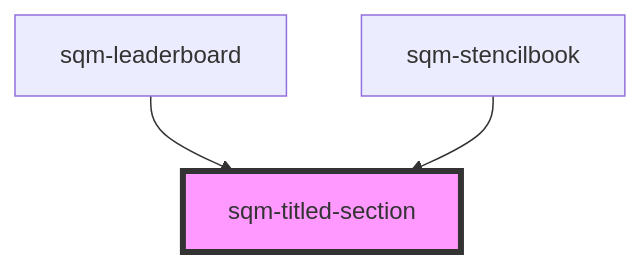
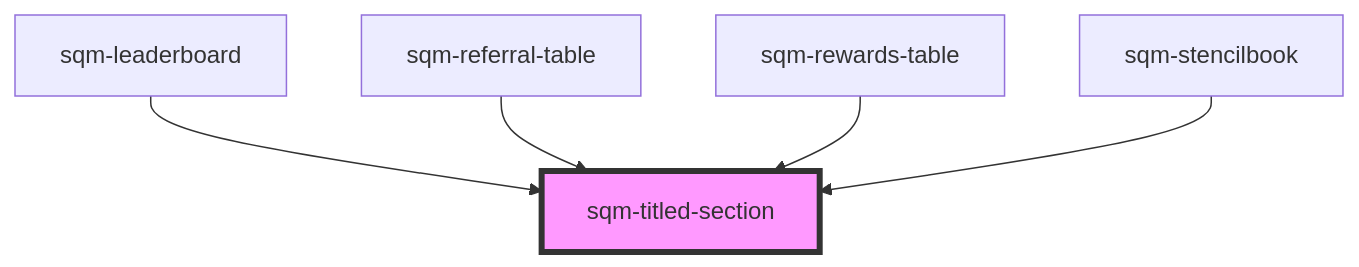
The diagram in packages/mint-components/src/components/sqm-titled-section/readme.md (saasquatch/program-tools), drawn with Mermaid before and after one commit. The commit also changed other lines of this file and 14 other files, not shown here.

````diff
--- a/packages/mint-components/src/components/sqm-titled-section/readme.md
+++ b/packages/mint-components/src/components/sqm-titled-section/readme.md
@@ -26,6 +28,8 @@
 ```mermaid
 graph TD;
   sqm-leaderboard --> sqm-titled-section
+  sqm-referral-table --> sqm-titled-section
+  sqm-rewards-table --> sqm-titled-section
   sqm-stencilbook --> sqm-titled-section
   style sqm-titled-section fill:#f9f,stroke:#333,stroke-width:4px
 ```
````
